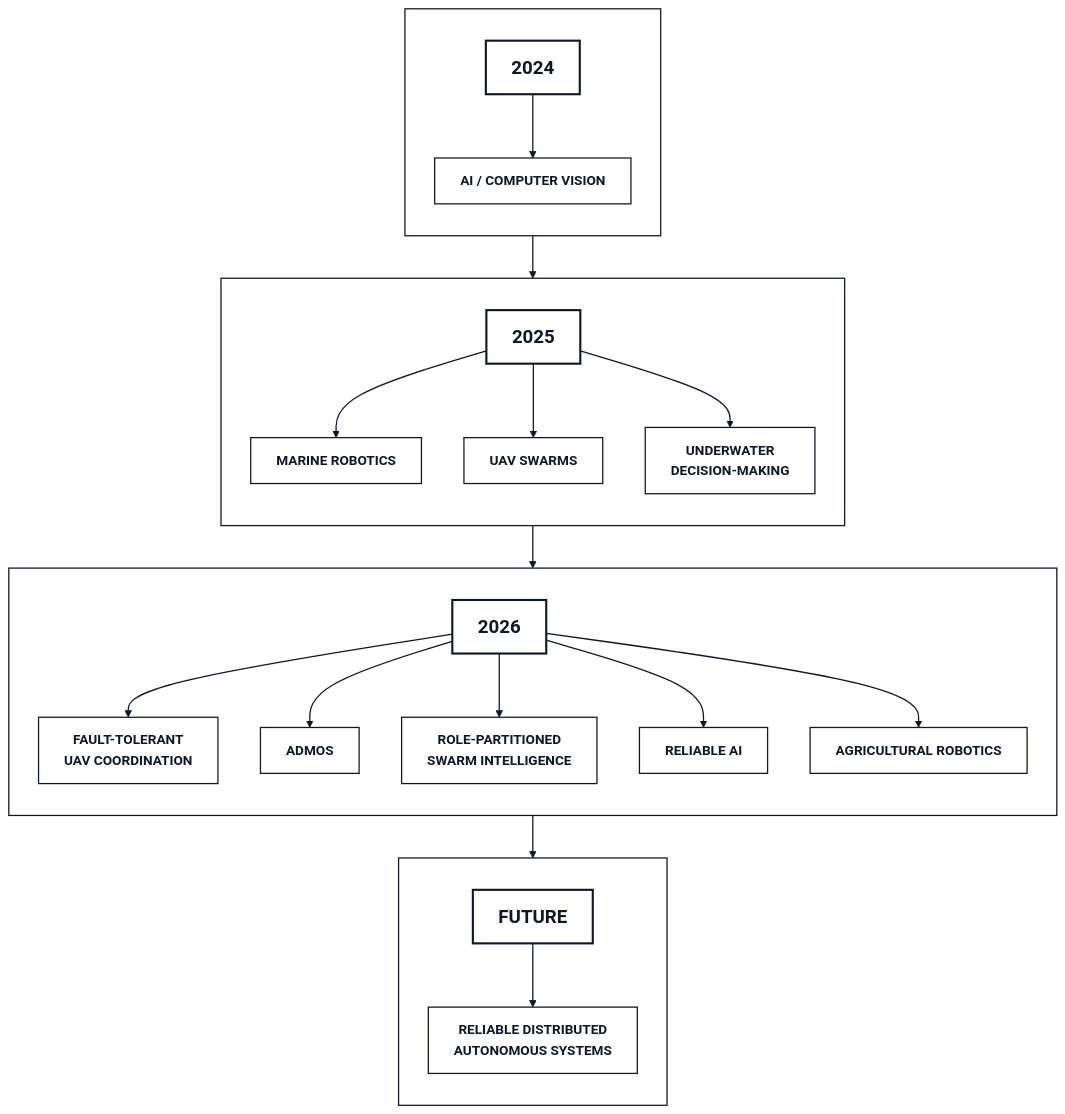
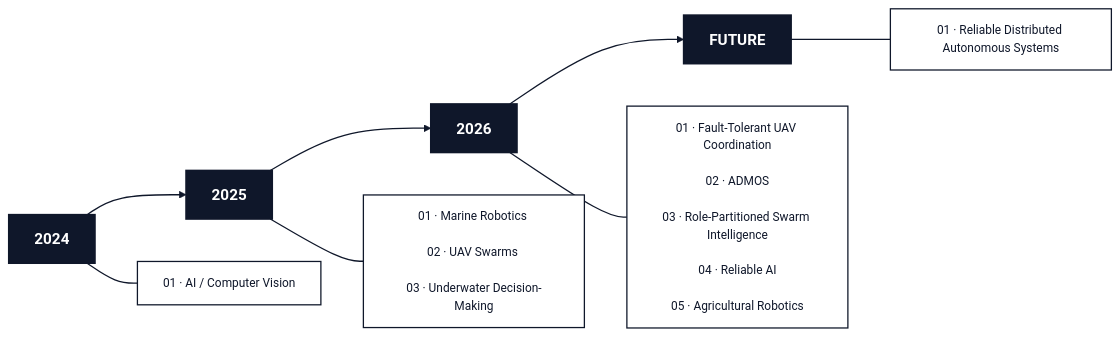
Before and after one commit to ShazinHijazy/ShazinHijazy: the first of 6 diagrams in README.md, drawn with Mermaid.

Commit message:
Refactor research timeline diagram in README

````diff
--- a/README.md
+++ b/README.md
@@ -136,63 +136,32 @@
 ```mermaid
-flowchart TD
+flowchart LR
 
-    subgraph Y2024[" "]
-        direction TB
-        Y24["2024"]
-        R24["AI / COMPUTER VISION"]
-        Y24 --> R24
-    end
+A["2024"] --> B["2025"] --> C["2026"] --> D["FUTURE"]
 
-    subgraph Y2025[" "]
-        direction TB
-        Y25["2025"]
-        R25A["MARINE ROBOTICS"]
-        R25B["UAV SWARMS"]
-        R25C["UNDERWATER<br/> DECISION-MAKING"]
+A1["01 · AI / Computer Vision"]
 
-        Y25 --> R25A
-        Y25 --> R25B
-        Y25 --> R25C
-    end
+B1["01 · Marine Robotics <br> 
+02 · UAV Swarms <br> 
+03 · Underwater Decision-Making"]
 
-    subgraph Y2026[" "]
-        direction TB
-        Y26["2026"]
-        R26A["FAULT-TOLERANT<br/> UAV COORDINATION"]
-        R26B["ADMOS"]
-        R26C["ROLE-PARTITIONED<br/> SWARM INTELLIGENCE"]
-        R26D["RELIABLE AI"]
-        R26E["AGRICULTURAL ROBOTICS"]
+C1["01 · Fault-Tolerant UAV Coordination<br>
+02 · ADMOS<br> 
+03 · Role-Partitioned Swarm Intelligence<br> 
+04 · Reliable AI<br> 
+05 · Agricultural Robotics"]
 
-        Y26 --> R26A
-        Y26 --> R26B
-        Y26 --> R26C
-        Y26 --> R26D
-        Y26 --> R26E
-    end
+D1["01 · Reliable Distributed Autonomous Systems"]
 
-    subgraph YF[" "]
-        direction TB
-        YFUT["FUTURE"]
-        RF["RELIABLE DISTRIBUTED<br/> AUTONOMOUS SYSTEMS"]
+A --- A1
+B --- B1
+C --- C1
+D --- D1
 
-        YFUT --> RF
-    end
+classDef year fill:#0F172A,stroke:#0F172A,color:#FFFFFF,stroke-width:2px,font-size:18px,font-weight:bold;
+classDef research fill:#FFFFFF,stroke:#0F172A,color:#0F172A,stroke-width:1.5px,font-size:14px;
 
-    Y24 --> Y25
-    Y25 --> Y26
-    Y26 --> YFUT
+class A,B,C,D year;
+class A1,B1,C1,D1 research;
 
-    classDef year fill:#FFFFFF,stroke:#0F172A,color:#0F172A,stroke-width:2.5px,font-size:22px,font-weight:700;
-    classDef research fill:#FFFFFF,stroke:#0F172A,color:#0F172A,stroke-width:1.5px,font-size:16px,font-weight:600;
-
-    class Y24,Y25,Y26,YFUT year;
-    class R24,R25A,R25B,R25C,R26A,R26B,R26C,R26D,R26E,RF research;
-
-    style Y2024 fill:#FFFFFF,stroke:#0F172A,stroke-width:1.5px;
-    style Y2025 fill:#FFFFFF,stroke:#0F172A,stroke-width:1.5px;
-    style Y2026 fill:#FFFFFF,stroke:#0F172A,stroke-width:1.5px;
-    style YF fill:#FFFFFF,stroke:#0F172A,stroke-width:1.5px;
-
-    linkStyle default stroke:#0F172A,stroke-width:1.5px;
+linkStyle default stroke:#0F172A,stroke-width:1.5px;
 ```
````
